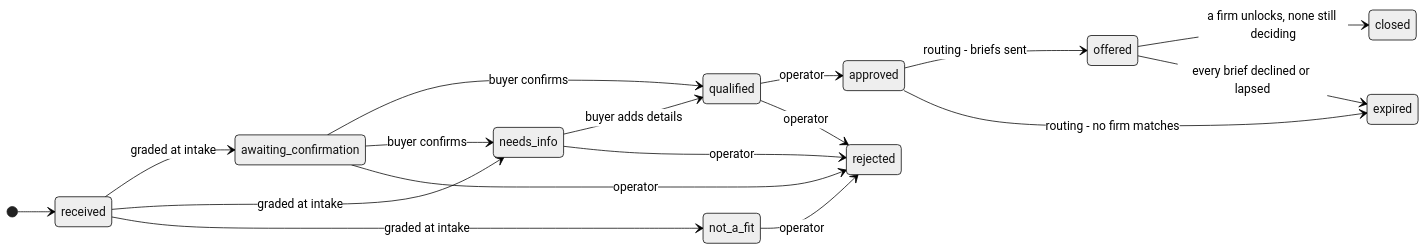
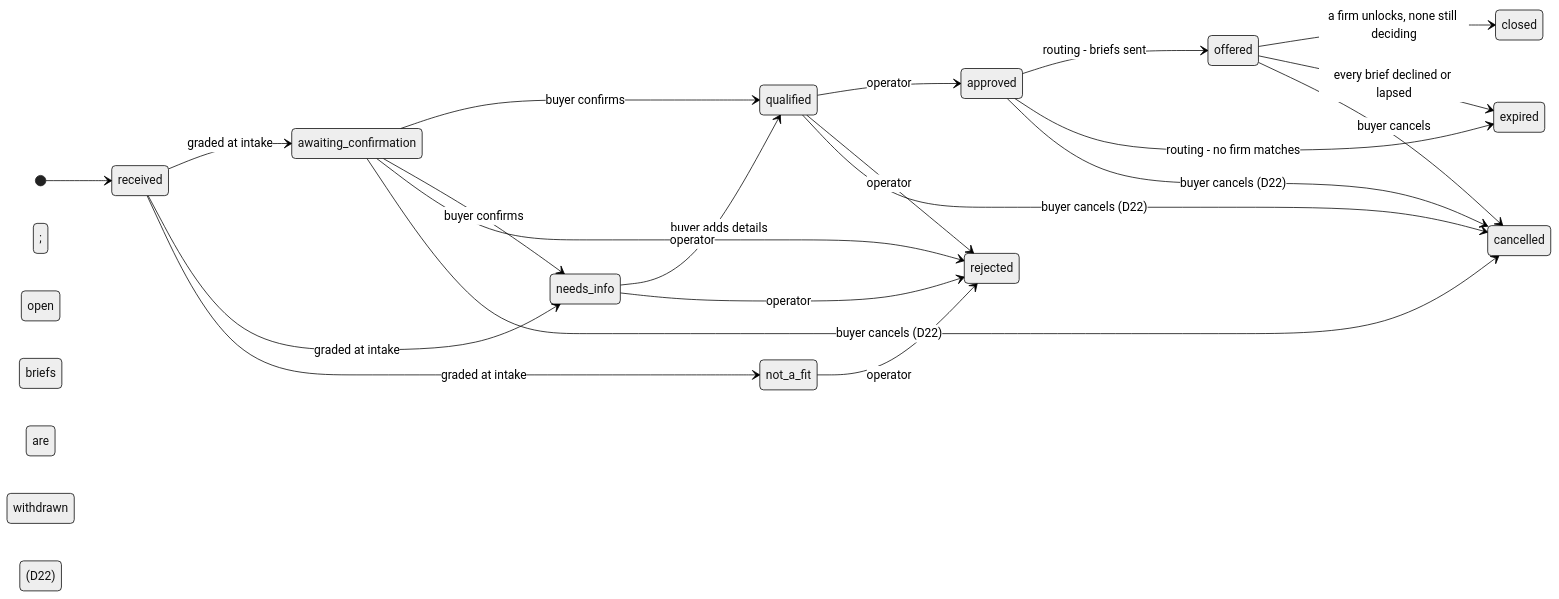
The second of 7 diagrams in model/views/map.md (Rwb3n/macan), drawn with Mermaid (neutral theme) before and after one commit. The commit also changed other lines of this file and 19 other files, not shown here.

````diff
--- a/model/views/map.md
+++ b/model/views/map.md
@@ -136,20 +136,24 @@
 ```mermaid
 stateDiagram-v2
   direction LR
   [*] --> received
   received --> awaiting_confirmation: graded at intake
   received --> needs_info: graded at intake
   received --> not_a_fit: graded at intake
   awaiting_confirmation --> qualified: buyer confirms
   awaiting_confirmation --> needs_info: buyer confirms
   needs_info --> qualified: buyer adds details
   qualified --> approved: operator
   qualified --> rejected: operator
   needs_info --> rejected: operator
   not_a_fit --> rejected: operator
   awaiting_confirmation --> rejected: operator
   approved --> offered: routing - briefs sent
   approved --> expired: routing - no firm matches
   offered --> closed: a firm unlocks, none still deciding
   offered --> expired: every brief declined or lapsed
+  awaiting_confirmation --> cancelled: buyer cancels (D22)
+  qualified --> cancelled: buyer cancels (D22)
+  approved --> cancelled: buyer cancels (D22)
+  offered --> cancelled: buyer cancels; open briefs are withdrawn (D22)
 ```
````
